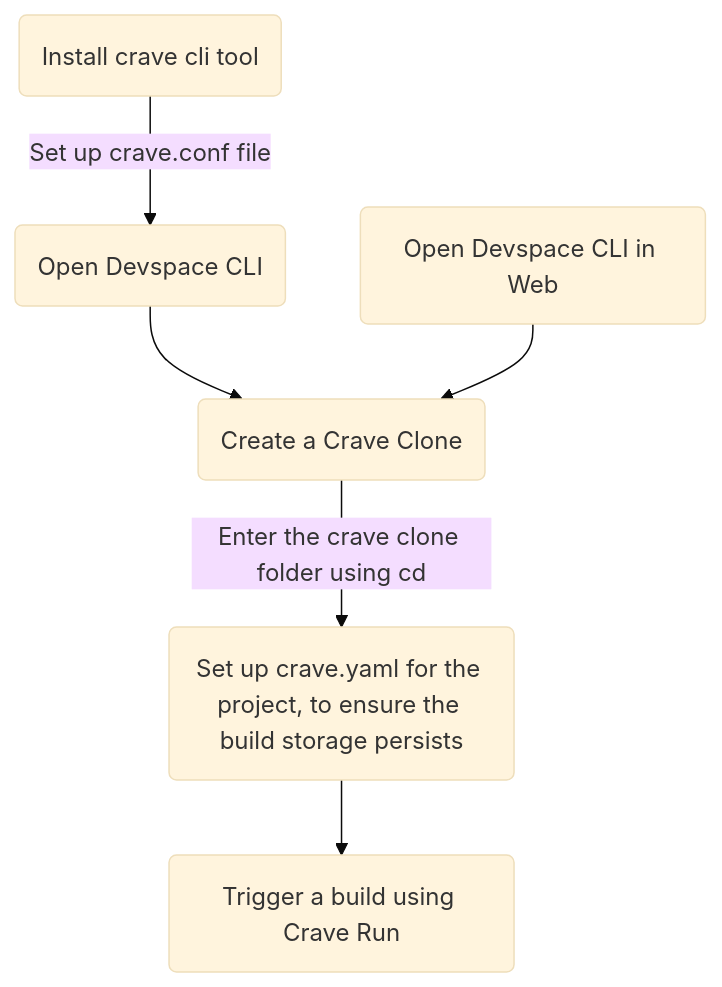
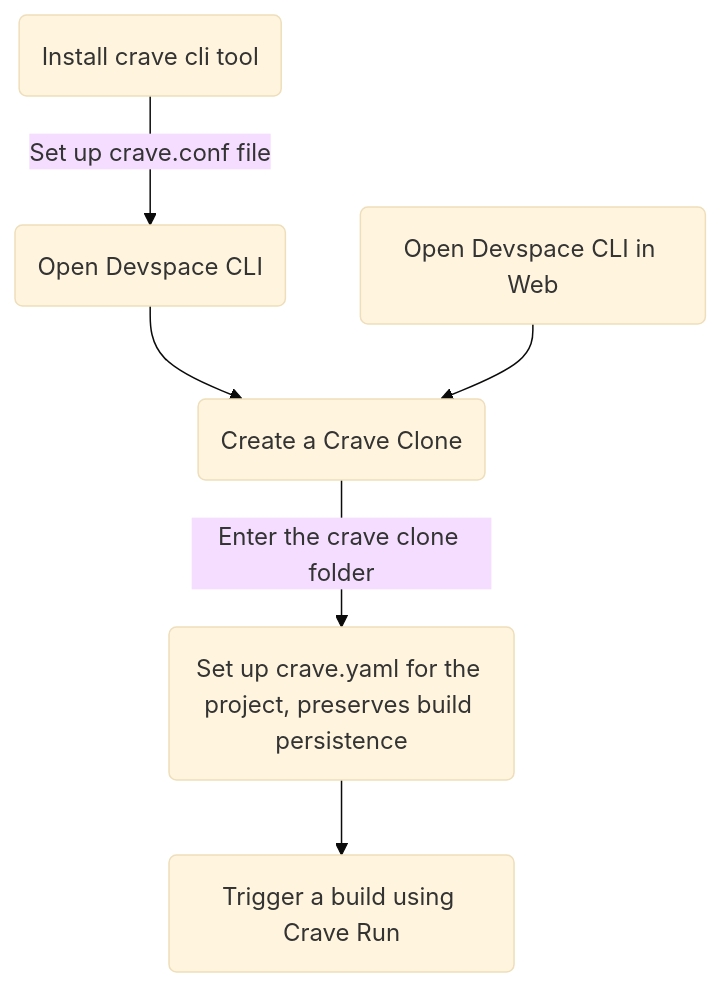
The diagram in getting-started/introduction.md (FOSSonTop/crave), drawn with Mermaid (base theme) before and after one commit. The commit also changed 1 other file, not shown here.

Commit message:
Improve some diagrams

````diff
--- a/getting-started/introduction.md
+++ b/getting-started/introduction.md
@@ -21,6 +21,6 @@
 ```mermaid
 flowchart TD
     A(Install crave cli tool) -->|Set up crave.conf file| A1(Open Devspace CLI) --> B(Create a Crave Clone)
     Z(Open Devspace CLI in Web) --> B
-    B -->|Enter the crave clone folder using cd| C(Set up crave.yaml for the project, to ensure the build storage persists) --> D(Trigger a build using Crave Run)
+    B -->|Enter the crave clone folder| C(Set up crave.yaml for the project, preserves build persistence) --> D(Trigger a build using Crave Run)
 ```
````
